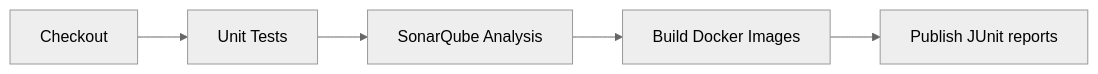
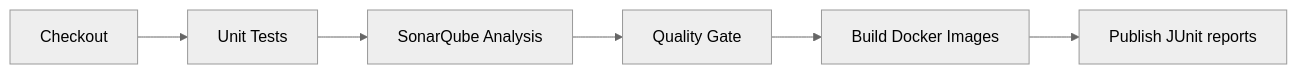
The second of 2 diagrams in docs/ci-cd-architecture.md (pcaboor/travel-plan), drawn with Mermaid (neutral theme) before and after one commit. The commit also changed other lines of this file and 1 other file, not shown here.

Commit message:
feat(ci): fail the Jenkins build on a failing SonarQube Quality Gate
Add a Quality Gate stage that reads the analysis ceTaskId from
target/sonar/report-task.txt, waits for SonarQube to finish processing it,
then checks api/qualitygates/project_status and aborts the pipeline when the
gate is not OK. Uses the existing SONAR_HOST_URL/SONAR_TOKEN credentials via
API polling, so no SonarQube Scanner plugin or webhook configuration is
required.

````diff
--- a/docs/ci-cd-architecture.md
+++ b/docs/ci-cd-architecture.md
@@ -80,7 +80,8 @@
 ```mermaid
 flowchart LR
   checkout[Checkout] --> tests[Unit Tests]
   tests --> sonar[SonarQube Analysis]
-  sonar --> images[Build Docker Images]
+  sonar --> gate[Quality Gate]
+  gate --> images[Build Docker Images]
   images --> junit[Publish JUnit reports]
 ```
````
